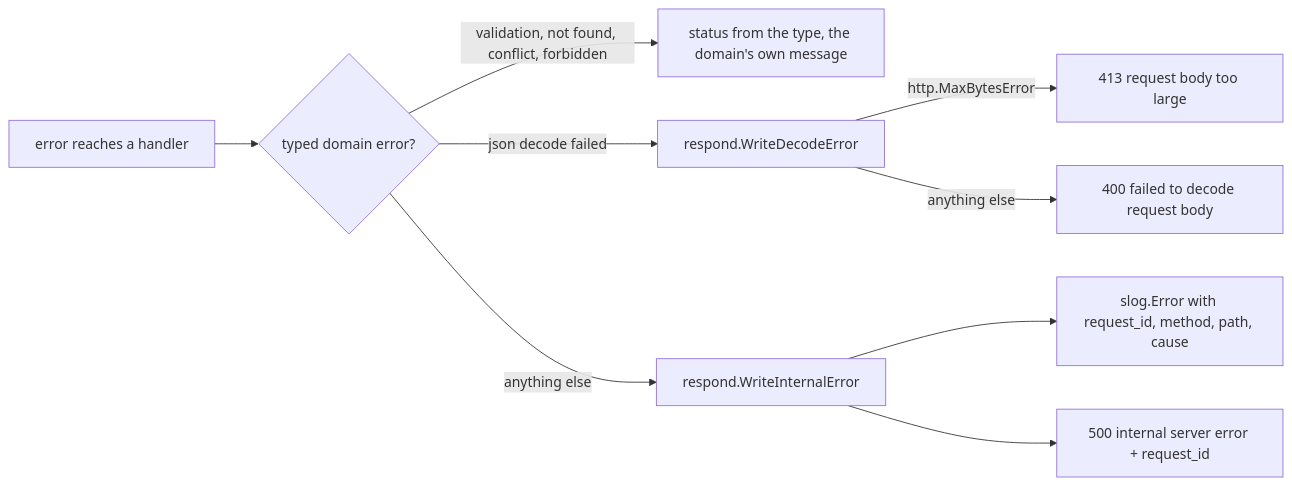
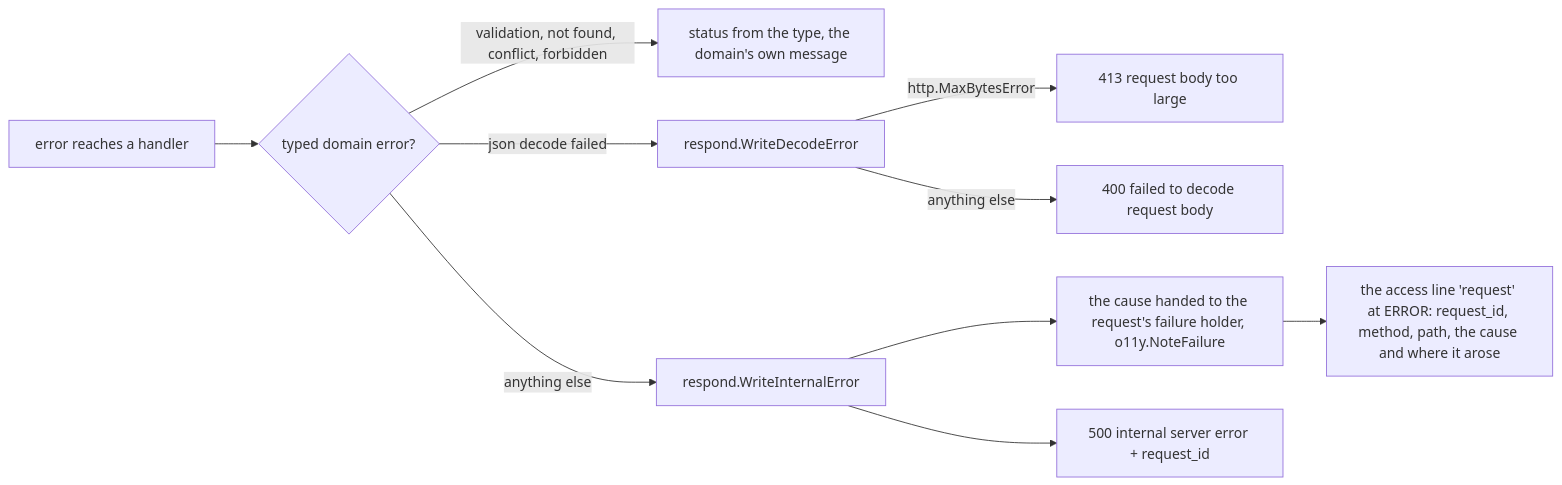
One commit to slashdevops/go-rest-api-service-template changed the third of 5 diagrams in docs/architecture/security.md. Above: the diagram before and after it, drawn with Mermaid. The commit also changed other lines of this file and 19 other files, not shown here.

````diff
--- a/docs/architecture/security.md
+++ b/docs/architecture/security.md
@@ -168,11 +168,12 @@
 ```mermaid
 flowchart LR
     E[error reaches a handler] --> T{typed domain error?}
     T -- validation, not found, conflict, forbidden --> D[status from the type, the domain's own message]
     T -- json decode failed --> DE[respond.WriteDecodeError]
     DE -- http.MaxBytesError --> R413[413 request body too large]
     DE -- anything else --> R400[400 failed to decode request body]
     T -- anything else --> IE[respond.WriteInternalError]
-    IE --> LOG[slog.Error with request_id, method, path, cause]
+    IE --> HOLD[the cause handed to the request's failure holder, o11y.NoteFailure]
+    HOLD --> LOG[the access line 'request' at ERROR: request_id, method, path, the cause and where it arose]
     IE --> R500[500 internal server error + request_id]
 ```
````
